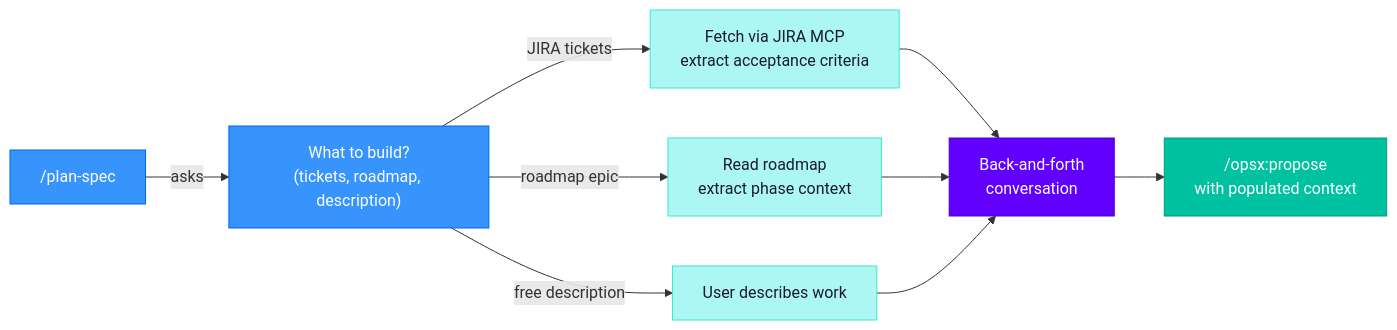
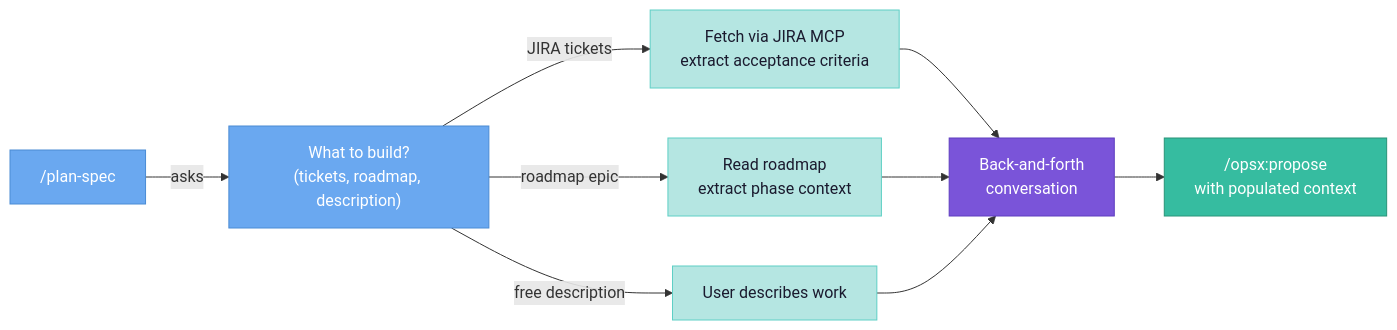
The second of 5 diagrams in plugins/sdd-workflow/README.md (Sand2Silicon/sand2silicon-agentic-skills), drawn with Mermaid before and after one commit. The commit also changed other lines of this file, not shown here.

````diff
--- a/plugins/sdd-workflow/README.md
+++ b/plugins/sdd-workflow/README.md
@@ -111,16 +131,16 @@
 ```mermaid
 flowchart LR
-    classDef planning fill:#3694fc,stroke:#0263fb,color:#fff
-    classDef context fill:#acf7f3,stroke:#36ead0,color:#1a1a2e
-    classDef dialog fill:#6100ff,stroke:#4a00cc,color:#fff
-    classDef success fill:#00c2a0,stroke:#009a7c,color:#fff
+    classDef planning fill:#6aa8f0,stroke:#4a8bd4,color:#fff
+    classDef context fill:#b5e6e2,stroke:#5ecfc5,color:#1a1a2e
+    classDef dialog fill:#7a54d9,stroke:#5e3dbf,color:#fff
+    classDef success fill:#36bca0,stroke:#289478,color:#fff
 
     PS["/plan-spec"]:::planning -->|"asks"| Q1["What to build?<br/>(tickets, roadmap, description)"]:::planning
     Q1 -->|"JIRA tickets"| FETCH["Fetch via JIRA MCP<br/>extract acceptance criteria"]:::context
     Q1 -->|"roadmap epic"| READ["Read roadmap<br/>extract phase context"]:::context
     Q1 -->|"free description"| MANUAL["User describes work"]:::context
     FETCH --> DIALOG["Back-and-forth<br/>conversation"]:::dialog
     READ --> DIALOG
     MANUAL --> DIALOG
     DIALOG --> PROPOSE["/opsx:propose<br/>with populated context"]:::success
 ```
````
